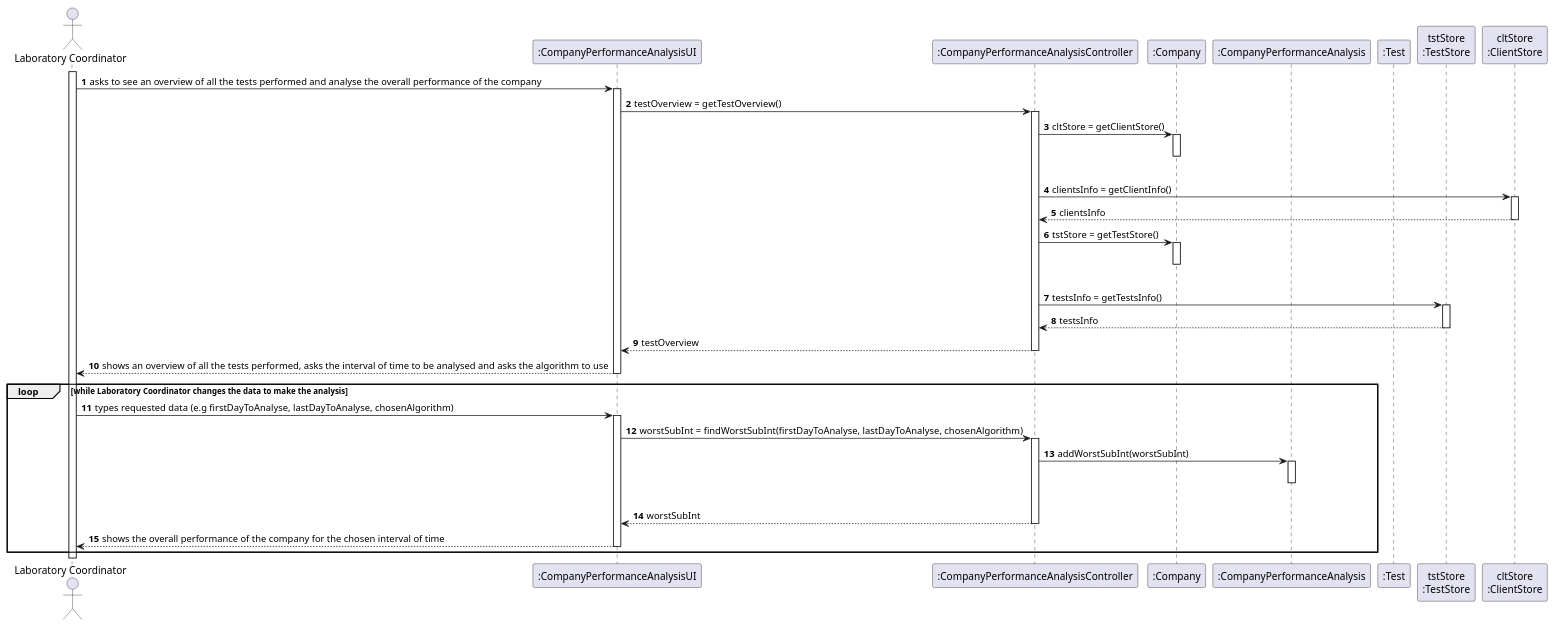
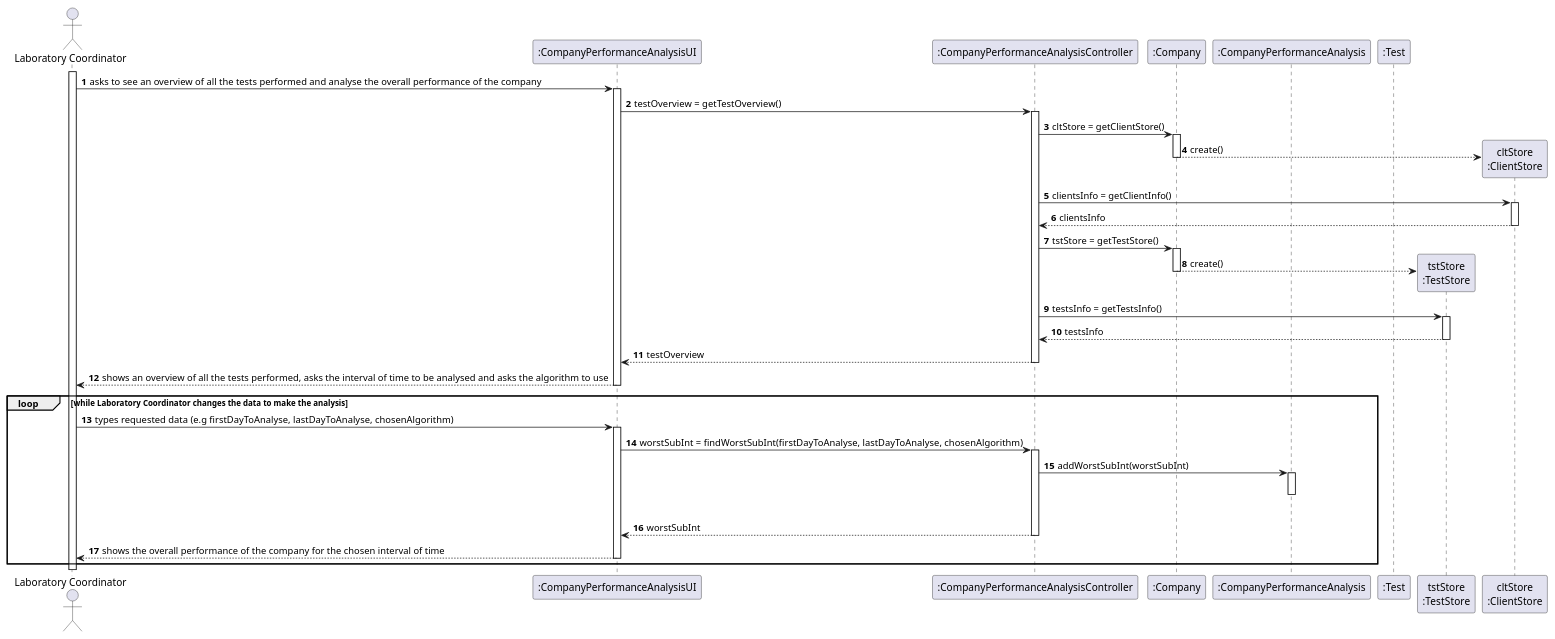
Before and after one commit to ana-albergaria/LAPR2-ISEP: the diagram in docs/SprintD/US_16/US16_SD.puml, drawn with PlantUML. The commit also changed 5 other files, not shown here.

```diff
--- a/docs/SprintD/US_16/US16_SD.puml
+++ b/docs/SprintD/US_16/US16_SD.puml
@@ -1,61 +1,61 @@
 @startuml
 autonumber
 actor "Laboratory Coordinator" as LC
 
 participant ":CompanyPerformanceAnalysisUI" as UI
 participant ":CompanyPerformanceAnalysisController" as CTRL
 participant ":Company" as CMP
 participant ":CompanyPerformanceAnalysis" as CPA
 participant ":Test" as TST
 participant "tstStore\n:TestStore" as TSTSTORE
 participant "cltStore\n:ClientStore" as CLTSTORE
 
 activate LC
 LC -> UI : asks to see an overview of all the tests performed and analyse the overall performance of the company
 activate UI
 
 UI -> CTRL : testOverview = getTestOverview()
 activate CTRL
 
 CTRL -> CMP : cltStore = getClientStore()
 activate CMP
-|||
+CMP --> CLTSTORE** : create()
 deactivate CMP
 CTRL -> CLTSTORE : clientsInfo = getClientInfo()
 activate CLTSTORE
 CLTSTORE --> CTRL : clientsInfo
 deactivate CLTSTORE
 
 CTRL -> CMP : tstStore = getTestStore()
 activate CMP
-|||
+CMP --> TSTSTORE** : create()
 deactivate CMP
 CTRL -> TSTSTORE : testsInfo = getTestsInfo()
 activate TSTSTORE
 TSTSTORE --> CTRL : testsInfo
 deactivate TSTSTORE
 
 CTRL --> UI : testOverview
 deactivate CTRL
 
 UI --> LC : shows an overview of all the tests performed, asks the interval of time to be analysed and asks the algorithm to use
 deactivate UI
 
 loop while Laboratory Coordinator changes the data to make the analysis
 LC -> UI : types requested data (e.g firstDayToAnalyse, lastDayToAnalyse, chosenAlgorithm)
 activate UI
 
 UI -> CTRL : worstSubInt = findWorstSubInt(firstDayToAnalyse, lastDayToAnalyse, chosenAlgorithm)
 activate CTRL
 CTRL -> CPA : addWorstSubInt(worstSubInt)
 activate CPA
 |||
 deactivate CPA
 CTRL --> UI : worstSubInt
 deactivate CTRL
 
 UI --> LC : shows the overall performance of the company for the chosen interval of time
 deactivate UI
 end
 
 @enduml
```
